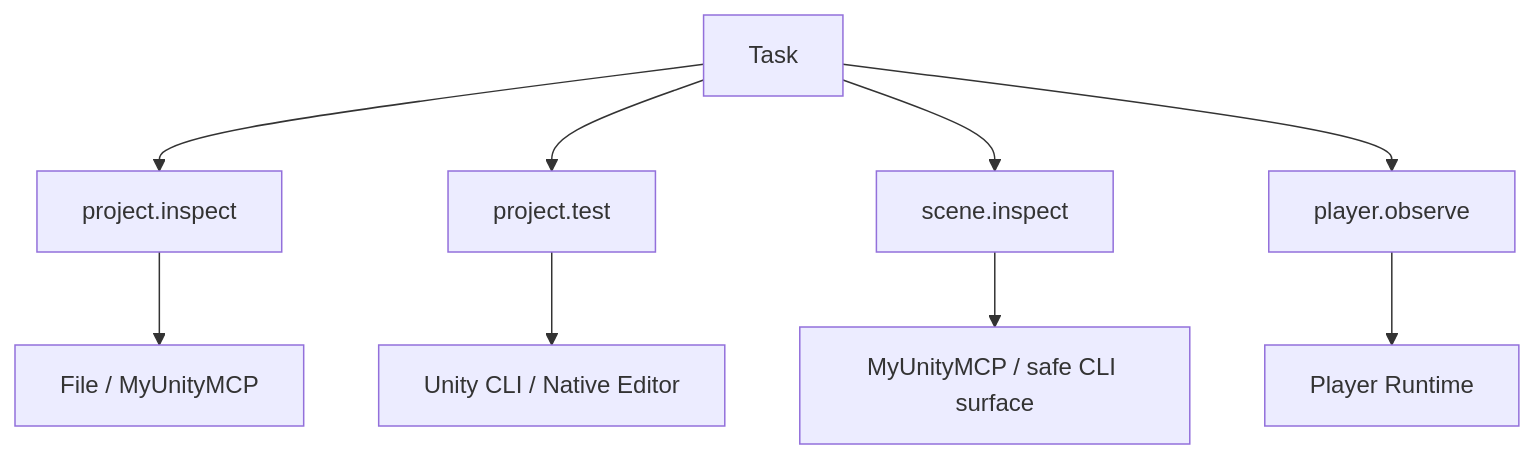
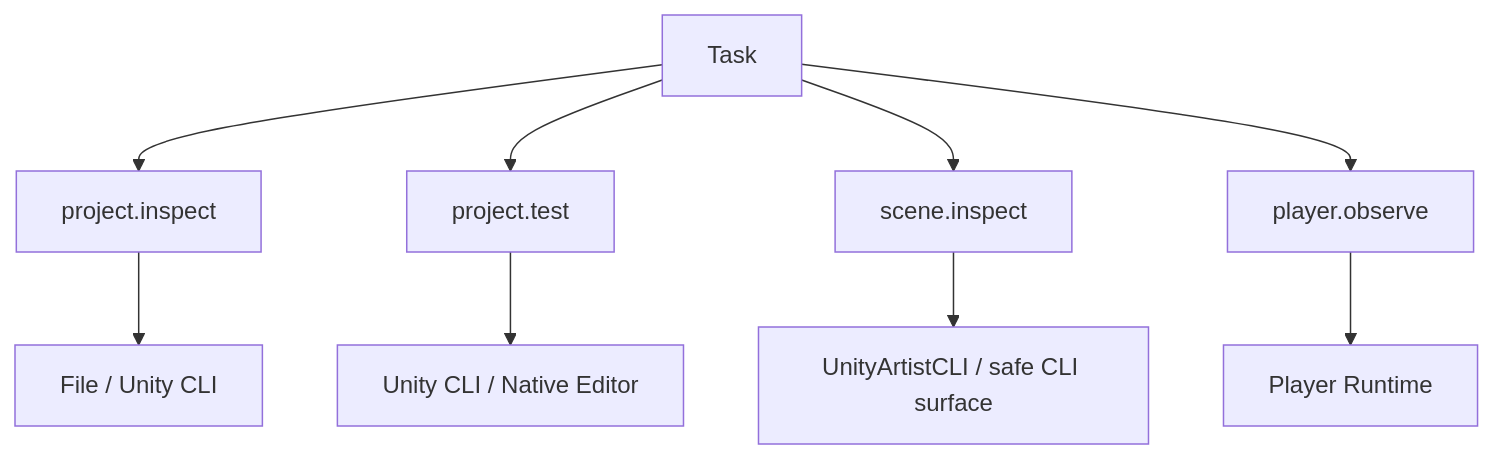
One commit to DarumaPPAP/UnityAgent changed the second of 5 diagrams in docs/unity-environment-adaptation.md. Above: the diagram before and after it, drawn with Mermaid. The commit also changed other lines of this file and 45 other files, not shown here.

Commit message:
feat: route artist capabilities through UnityArtistCLI

````diff
--- a/docs/unity-environment-adaptation.md
+++ b/docs/unity-environment-adaptation.md
@@ -112,12 +111,12 @@
 ```mermaid
 flowchart TD
     T[Task] --> C1[project.inspect]
     T --> C2[project.test]
     T --> C3[scene.inspect]
     T --> C4[player.observe]
 
-    C1 --> P1[File / MyUnityMCP]
+    C1 --> P1[File / Unity CLI]
     C2 --> P2[Unity CLI / Native Editor]
-    C3 --> P3[MyUnityMCP / safe CLI surface]
+    C3 --> P3[UnityArtistCLI / safe CLI surface]
     C4 --> P4[Player Runtime]
 ```
````
